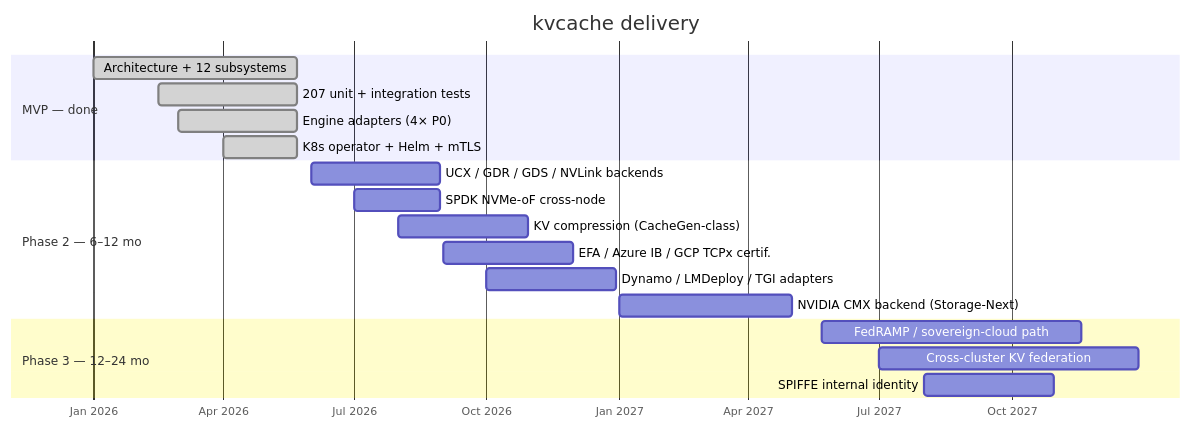
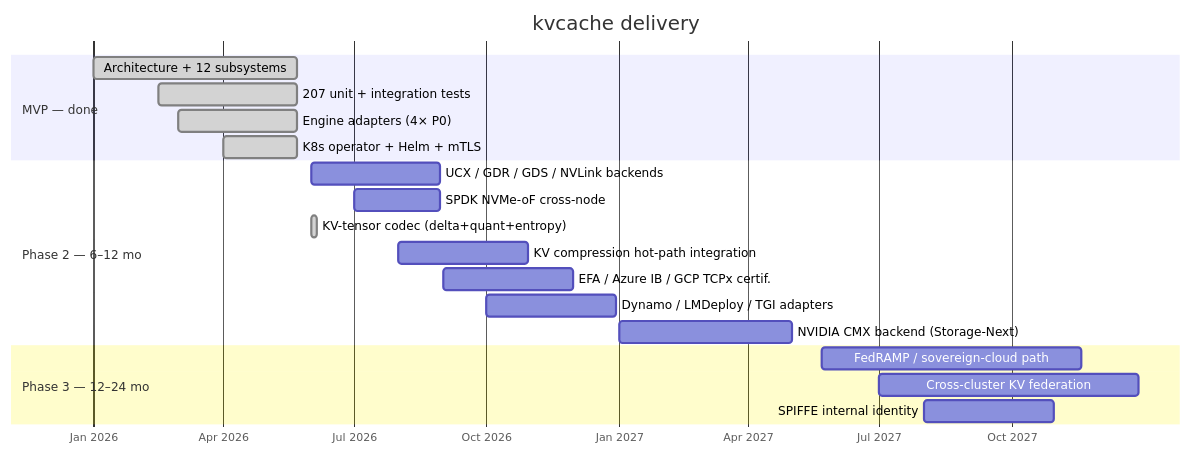
Before and after one commit to Stephen-Pu/agent-state-storage: the second of 2 diagrams in README.md, drawn with Mermaid. The commit also changed other lines of this file and 5 other files, not shown here.

Commit message:
Phase KVZ-1: KV-tensor compression codec (CacheGen-class: DPCM delta + quant + zstd) [ci-vllm]

````diff
--- a/README.md
+++ b/README.md
@@ -397,22 +398,23 @@
 ```mermaid
 gantt
     title kvcache delivery
     dateFormat YYYY-MM-DD
     axisFormat %b %Y
     section MVP — done
     Architecture + 12 subsystems          :done, 2026-01-01, 2026-05-22
     207 unit + integration tests          :done, 2026-02-15, 2026-05-22
     Engine adapters (4× P0)               :done, 2026-03-01, 2026-05-22
     K8s operator + Helm + mTLS            :done, 2026-04-01, 2026-05-22
     section Phase 2 — 6–12 mo
     UCX / GDR / GDS / NVLink backends     :2026-06-01, 90d
     SPDK NVMe-oF cross-node               :2026-07-01, 60d
-    KV compression (CacheGen-class)       :2026-08-01, 90d
+    KV-tensor codec (delta+quant+entropy) :done, 2026-06-01, 2026-06-05
+    KV compression hot-path integration   :2026-08-01, 90d
     EFA / Azure IB / GCP TCPx certif.     :2026-09-01, 90d
     Dynamo / LMDeploy / TGI adapters      :2026-10-01, 90d
     NVIDIA CMX backend (Storage-Next)     :2027-01-01, 120d
     section Phase 3 — 12–24 mo
     FedRAMP / sovereign-cloud path        :2027-05-22, 180d
     Cross-cluster KV federation           :2027-07-01, 180d
     SPIFFE internal identity              :2027-08-01, 90d
 ```
````
